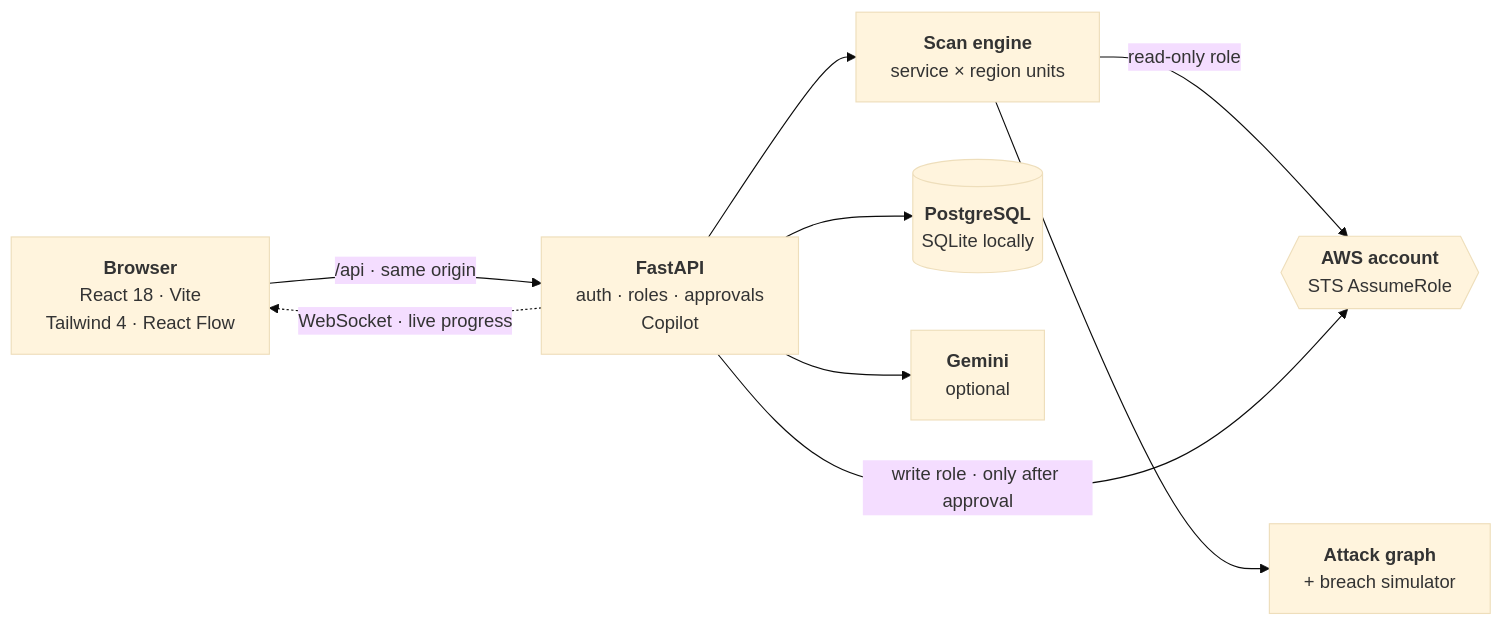
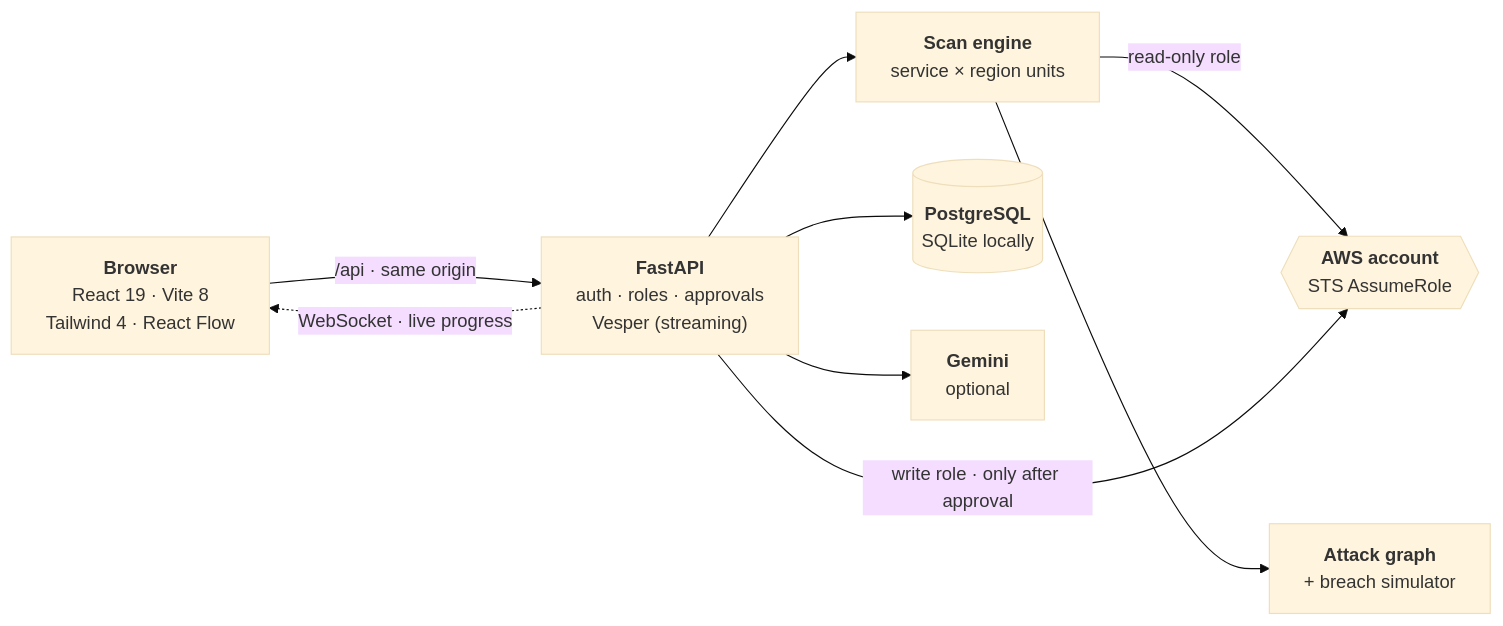
One commit to anshumaan12-2003/nimbus-risk-sentinel changed the diagram in README.md. Above: the diagram before and after it, drawn with Mermaid (base theme). The commit also changed other lines of this file and 20 other files, not shown here.

````diff
--- a/README.md
+++ b/README.md
@@ -230,19 +248,19 @@
 ```mermaid
 flowchart LR
-  UI["<b>Browser</b><br/>React 18 · Vite<br/>Tailwind 4 · React Flow"]
-  API["<b>FastAPI</b><br/>auth · roles · approvals<br/>Copilot"]
+  UI["<b>Browser</b><br/>React 19 · Vite 8<br/>Tailwind 4 · React Flow"]
+  API["<b>FastAPI</b><br/>auth · roles · approvals<br/>Vesper (streaming)"]
   SCAN["<b>Scan engine</b><br/>service × region units"]
   GRAPH["<b>Attack graph</b><br/>+ breach simulator"]
   DB[("<b>PostgreSQL</b><br/>SQLite locally")]
   AWS{{"<b>AWS account</b><br/>STS AssumeRole"}}
   AI["<b>Gemini</b><br/>optional"]
 
   UI -->|"/api · same origin"| API
   API -.->|"WebSocket · live progress"| UI
   API --> SCAN
   SCAN -->|"read-only role"| AWS
   API -->|"write role · only after approval"| AWS
   SCAN --> GRAPH
   API --> DB
   API --> AI
 ```
````
